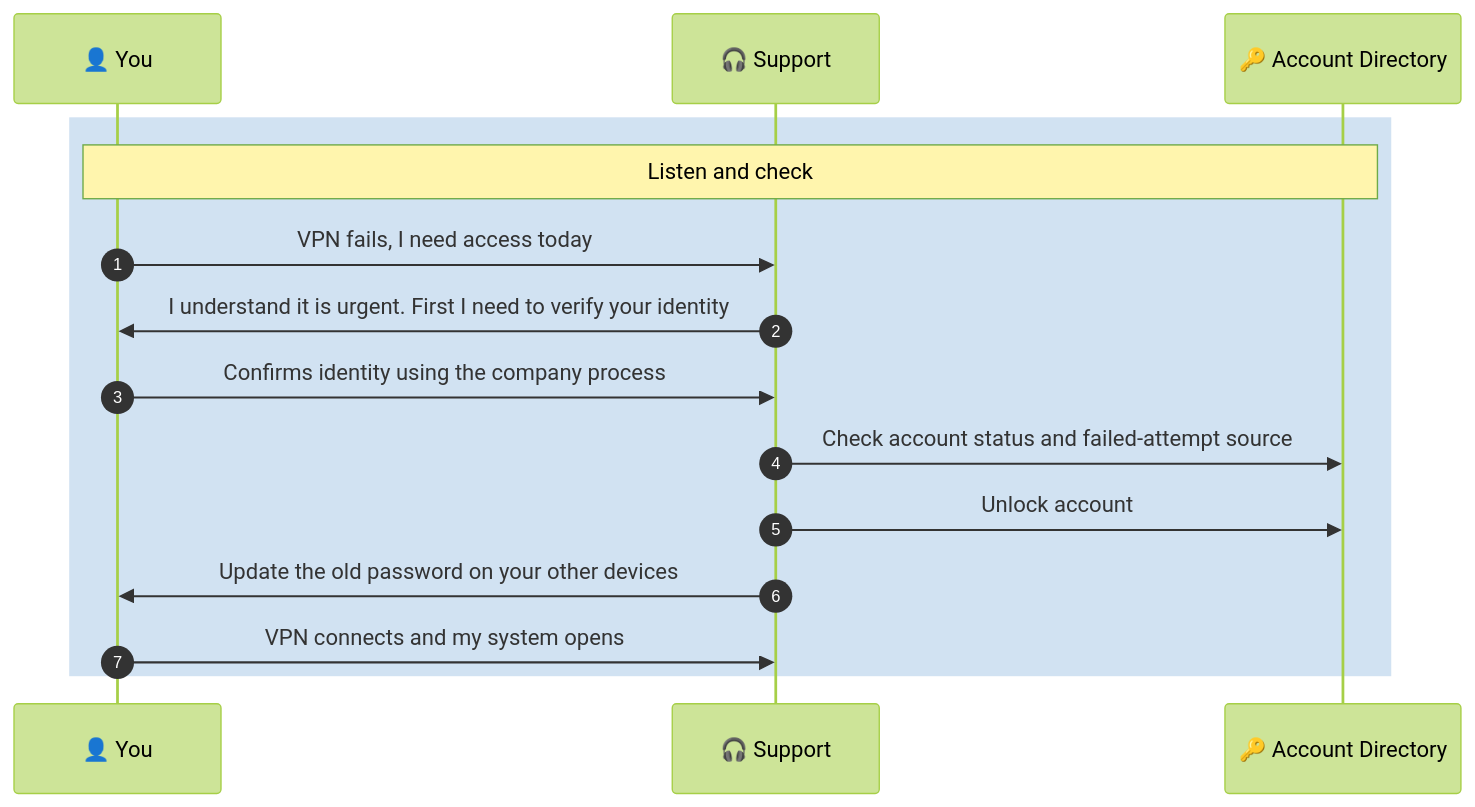
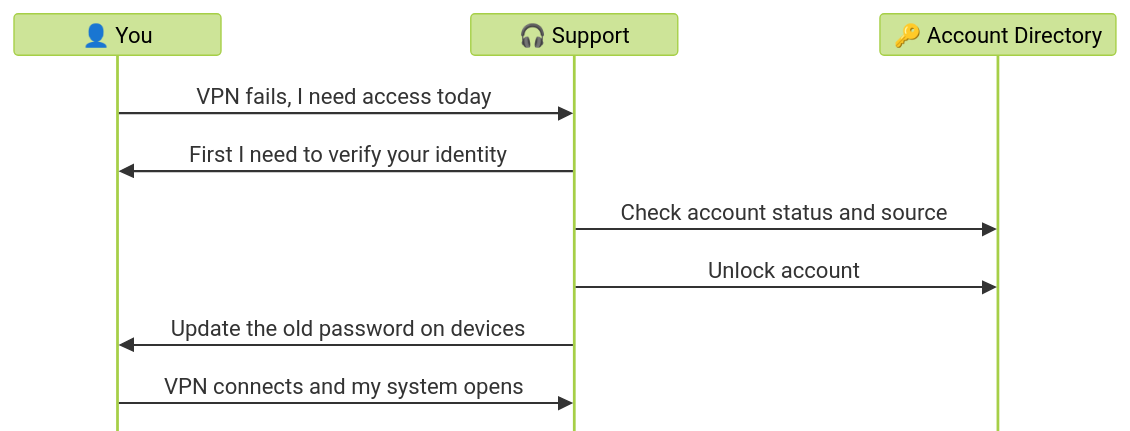
The third of 3 diagrams in 04-Solution-guides/04.3-VPN-Guide.md (malaika-azhar/Customer-Tech-Support-Portfolio), drawn with Mermaid (forest theme) before and after one commit. The commit also changed other lines of this file, not shown here.

````diff
--- a/04-Solution-guides/04.3-VPN-Guide.md
+++ b/04-Solution-guides/04.3-VPN-Guide.md
@@ -236,18 +237,13 @@
 ```mermaid
+%%{init: {'sequence': {'messageMargin': 24, 'height': 30, 'actorMargin': 50, 'boxMargin': 4, 'mirrorActors': false}}}%%
 sequenceDiagram
-    autonumber
     participant C as 👤 You
     participant S as 🎧 Support
     participant X as 🔑 Account Directory
-
-    rect rgba(0, 94, 184, 0.18)
-    Note over C,X: Listen and check
     C->>S: VPN fails, I need access today
-    S->>C: I understand it is urgent. First I need to verify your identity
-    C->>S: Confirms identity using the company process
-    S->>X: Check account status and failed-attempt source
+    S->>C: First I need to verify your identity
+    S->>X: Check account status and source
     S->>X: Unlock account
-    S->>C: Update the old password on your other devices
+    S->>C: Update the old password on devices
     C->>S: VPN connects and my system opens
-    end
 ```
````
